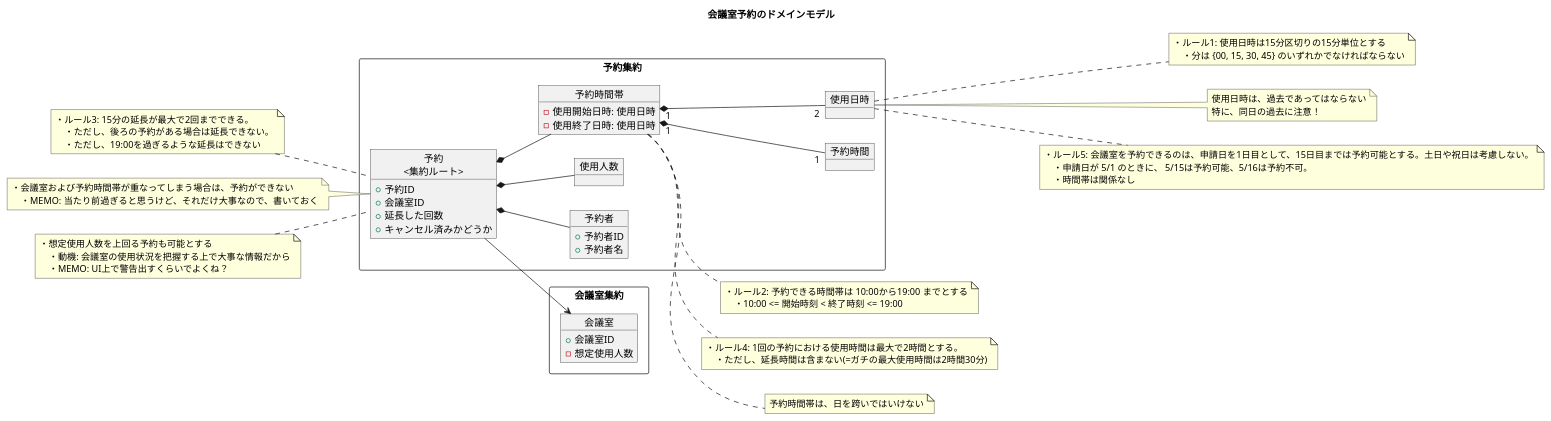
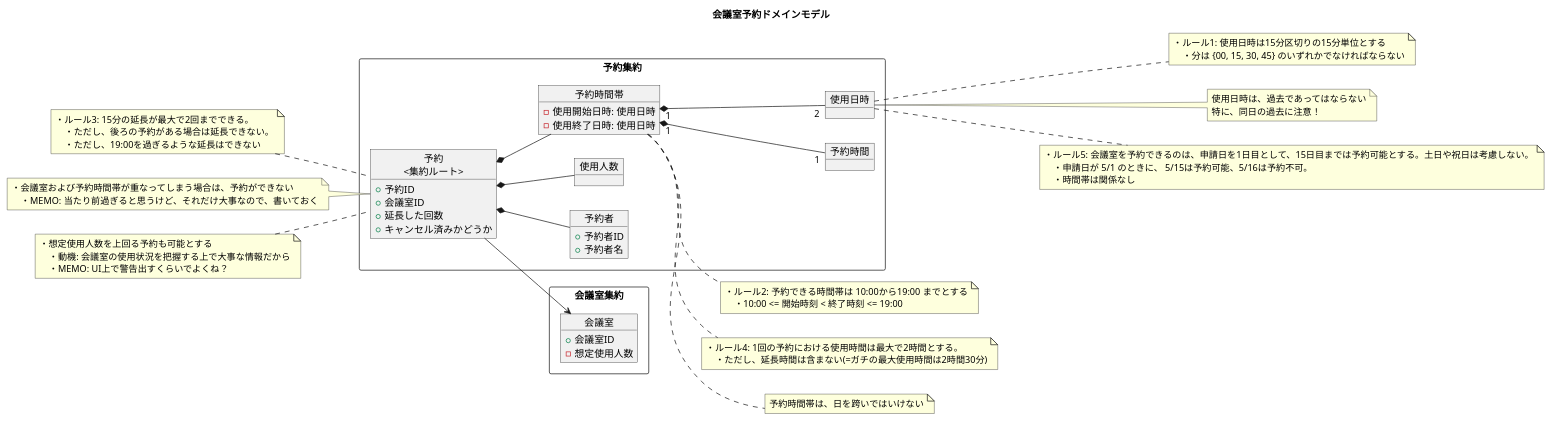
One commit to ModelingKai/meeting-room-python changed the diagram in diagram/ドメインモデル.puml. Above: the diagram before and after it, drawn with PlantUML. The commit also changed 1 other file, not shown here.

Commit message:
plantumlを作成するイベントをすべてのbranchのpushごとにした

```diff
--- a/diagram/ドメインモデル.puml
+++ b/diagram/ドメインモデル.puml
@@ -1,104 +1,104 @@
 @startuml
 
-title 会議室予約のドメインモデル
+title 会議室予約ドメインモデル
 
 left to right direction
 
 
 rectangle 予約集約 {
     object "予約\n<集約ルート>" as c1 {
         + 予約ID
         + 会議室ID
         + 延長した回数
         + キャンセル済みかどうか
     }
 
     object 予約者 {
         + 予約者ID
         + 予約者名
     }
 
     object 使用人数 {
     }
 
     object 予約時間帯 {
         - 使用開始日時: 使用日時
         - 使用終了日時: 使用日時
     }
 
     object 予約時間 {
     }
 
     object 使用日時 {
     }
 }
 
 
 rectangle 会議室集約 {
     object 会議室 {
         + 会議室ID
         - 想定使用人数
     }
 }
 
 
 c1 --> 会議室
 c1 *-- 予約者
 c1 *-- 使用人数
 c1 *-- 予約時間帯
 予約時間帯 "1" *-- "2" 使用日時
 予約時間帯 "1" *-- "1" 予約時間
 
 ' ===== 予約 =====
 note left of c1
 ・ルール3: 15分の延長が最大で2回までできる。
     ・ただし、後ろの予約がある場合は延長できない。
     ・ただし、19:00を過ぎるような延長はできない
 end note
 
 note left of c1
 ・会議室および予約時間帯が重なってしまう場合は、予約ができない
     ・MEMO: 当たり前過ぎると思うけど、それだけ大事なので、書いておく
 end note
 
 note left of c1
 ・想定使用人数を上回る予約も可能とする
     ・動機: 会議室の使用状況を把握する上で大事な情報だから
     ・MEMO: UI上で警告出すくらいでよくね？
 end note
 
 ' ===== 予約時間帯 =====
 note right of 予約時間帯
 ・ルール2: 予約できる時間帯は 10:00から19:00 までとする
     ・10:00 <= 開始時刻 < 終了時刻 <= 19:00
 end note
 
 
 note right of 予約時間帯
 ・ルール4: 1回の予約における使用時間は最大で2時間とする。
     ・ただし、延長時間は含まない(=ガチの最大使用時間は2時間30分)
 end note
 
 note right of 予約時間帯
 予約時間帯は、日を跨いではいけない
 end note
 
 
 ' ===== 使用日時 =====
 note right of 使用日時
 ・ルール1: 使用日時は15分区切りの15分単位とする
     ・分は {00, 15, 30, 45} のいずれかでなければならない
 end note
 
 note right of 使用日時
 使用日時は、過去であってはならない
 特に、同日の過去に注意！
 end note
 
 note right of 使用日時
 ・ルール5: 会議室を予約できるのは、申請日を1日目として、15日目までは予約可能とする。土日や祝日は考慮しない。
     ・申請日が 5/1 のときに、 5/15は予約可能、5/16は予約不可。
     ・時間帯は関係なし
 end note
 
 @enduml
```
